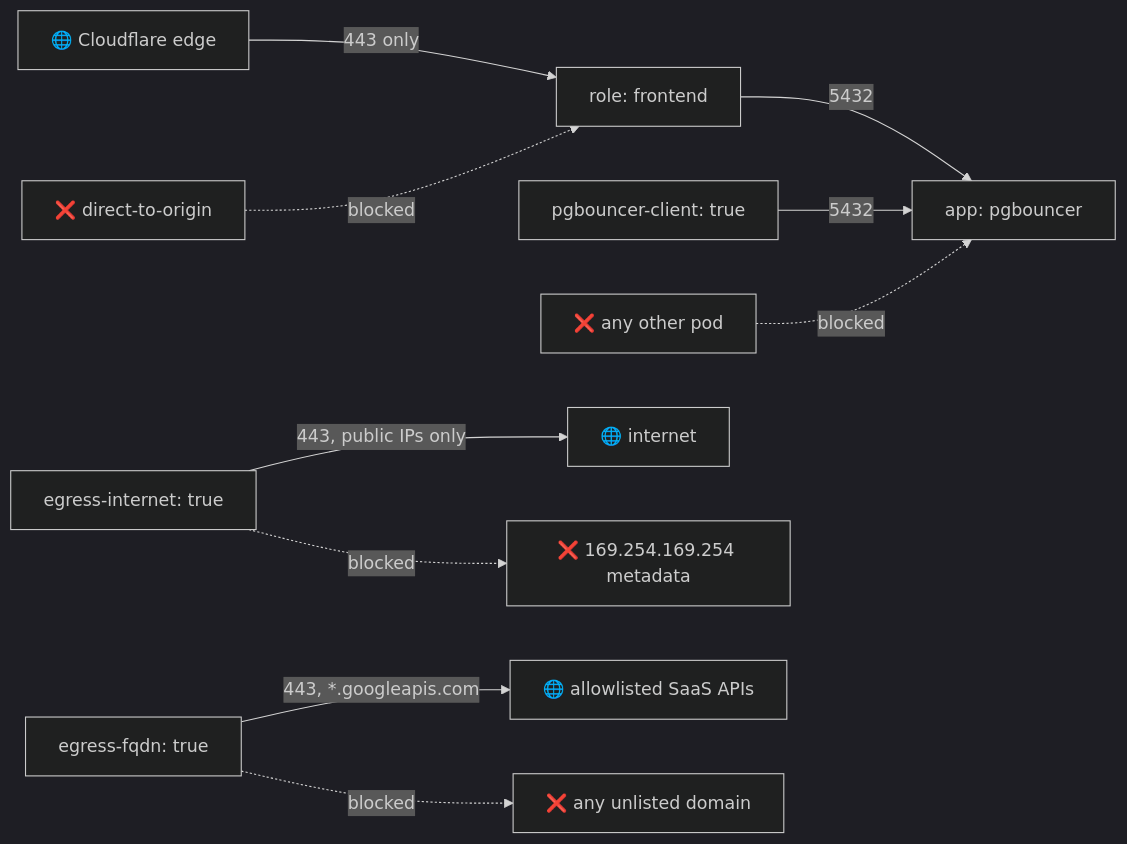
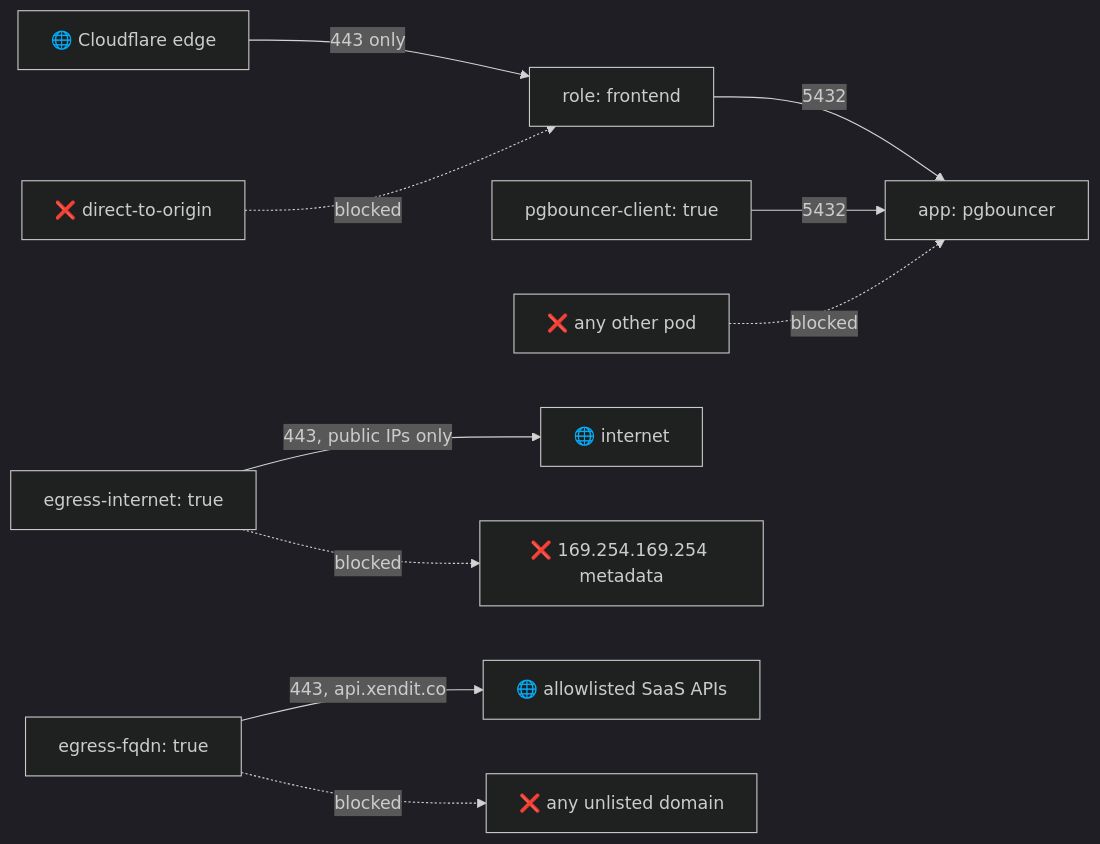
Before and after one commit to alice101-dev/k8s-networkpolicy-zero-trust: the diagram in README.md, drawn with Mermaid (dark theme).

Commit message:
Update egress FQDN to api.xendit.co

````diff
--- a/README.md
+++ b/README.md
@@ -12,12 +12,12 @@
 ```mermaid
 graph LR
     CF["🌐 Cloudflare edge"] -->|443 only| FE["role: frontend"]
     X["❌ direct-to-origin"] -.blocked.-> FE
     FE -->|5432| PB["app: pgbouncer"]
     BE["pgbouncer-client: true"] -->|5432| PB
     Y["❌ any other pod"] -.blocked.-> PB
     EG["egress-internet: true"] -->|443, public IPs only| NET["🌐 internet"]
     EG -.blocked.-> META["❌ 169.254.169.254 metadata"]
-    FQ["egress-fqdn: true"] -->|"443, *.googleapis.com"| SAAS["🌐 allowlisted SaaS APIs"]
+    FQ["egress-fqdn: true"] -->|"443, api.xendit.co"| SAAS["🌐 allowlisted SaaS APIs"]
     FQ -.blocked.-> BAD["❌ any unlisted domain"]
 ```
````
